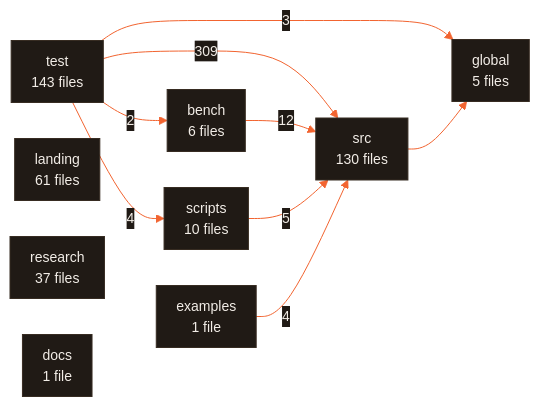
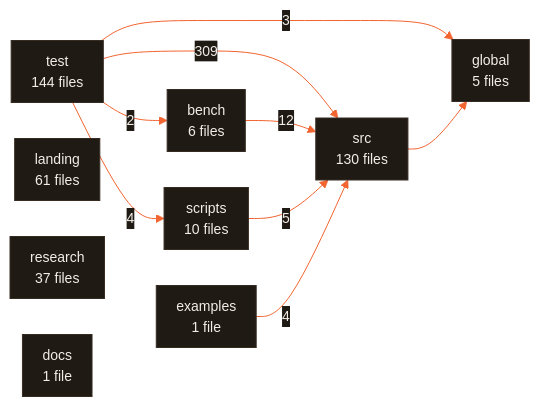
One commit to CodeWithJuber/forgekit changed the diagram in ARCHITECTURE.md. Above: the diagram before and after it, drawn with Mermaid. The commit also changed 6 other files, not shown here.

````diff
--- a/ARCHITECTURE.md
+++ b/ARCHITECTURE.md
@@ -670,21 +670,21 @@
 ```mermaid
 %%{init: {'theme':'base','themeVariables':{'primaryColor':'#201a15','primaryTextColor':'#f2ede7','primaryBorderColor':'#372c22','lineColor':'#f26430','secondaryColor':'#272019','tertiaryColor':'#171310','edgeLabelBackground':'#201a15','clusterBkg':'#171310','clusterBorder':'#4a3b2e','fontFamily':'ui-sans-serif, system-ui, sans-serif','fontSize':'14px'},'flowchart':{'curve':'basis','padding':10,'nodeSpacing':36,'rankSpacing':44}}}%%
 flowchart LR
-  test["test<br/>143 files"]
+  test["test<br/>144 files"]
   src["src<br/>130 files"]
   landing["landing<br/>61 files"]
   research["research<br/>37 files"]
   scripts["scripts<br/>10 files"]
   bench["bench<br/>6 files"]
   global["global<br/>5 files"]
   docs["docs<br/>1 file"]
   examples["examples<br/>1 file"]
   test -- 309 --> src
   bench -- 12 --> src
   scripts -- 5 --> src
   examples -- 4 --> src
   test -- 4 --> scripts
   test -- 3 --> global
   test -- 2 --> bench
   src --> global
 ```
````
